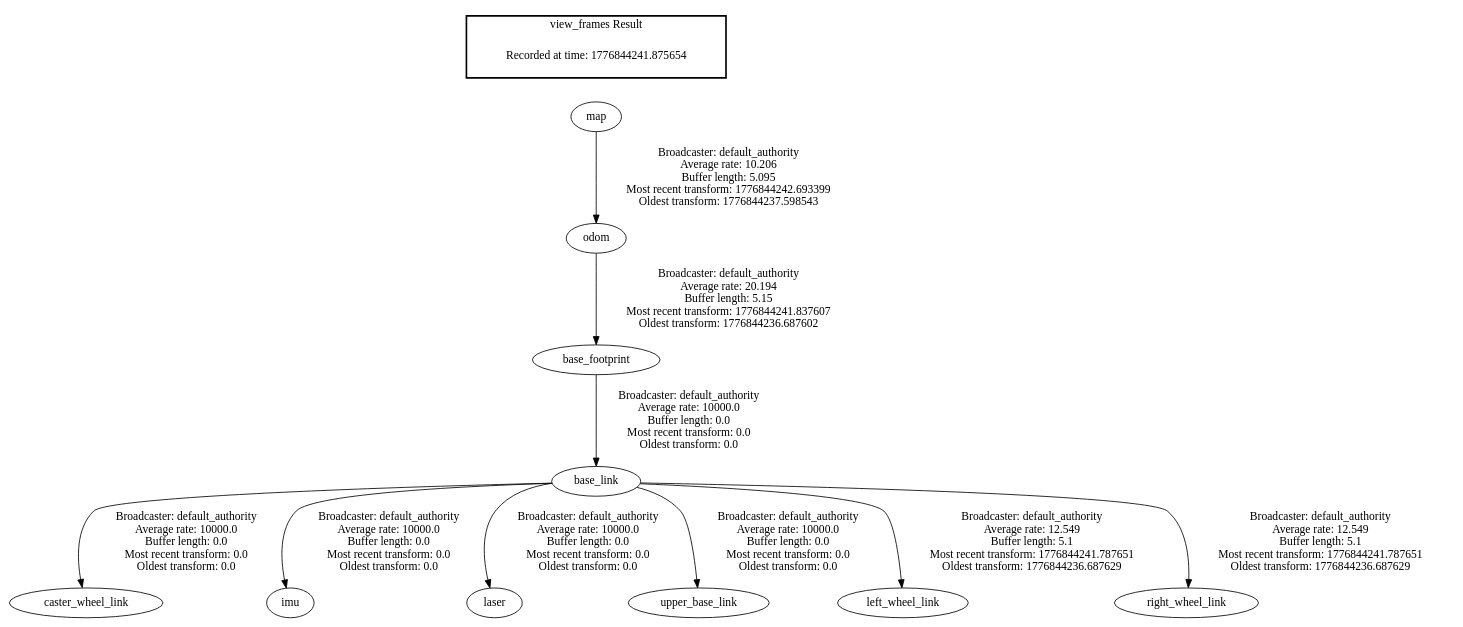
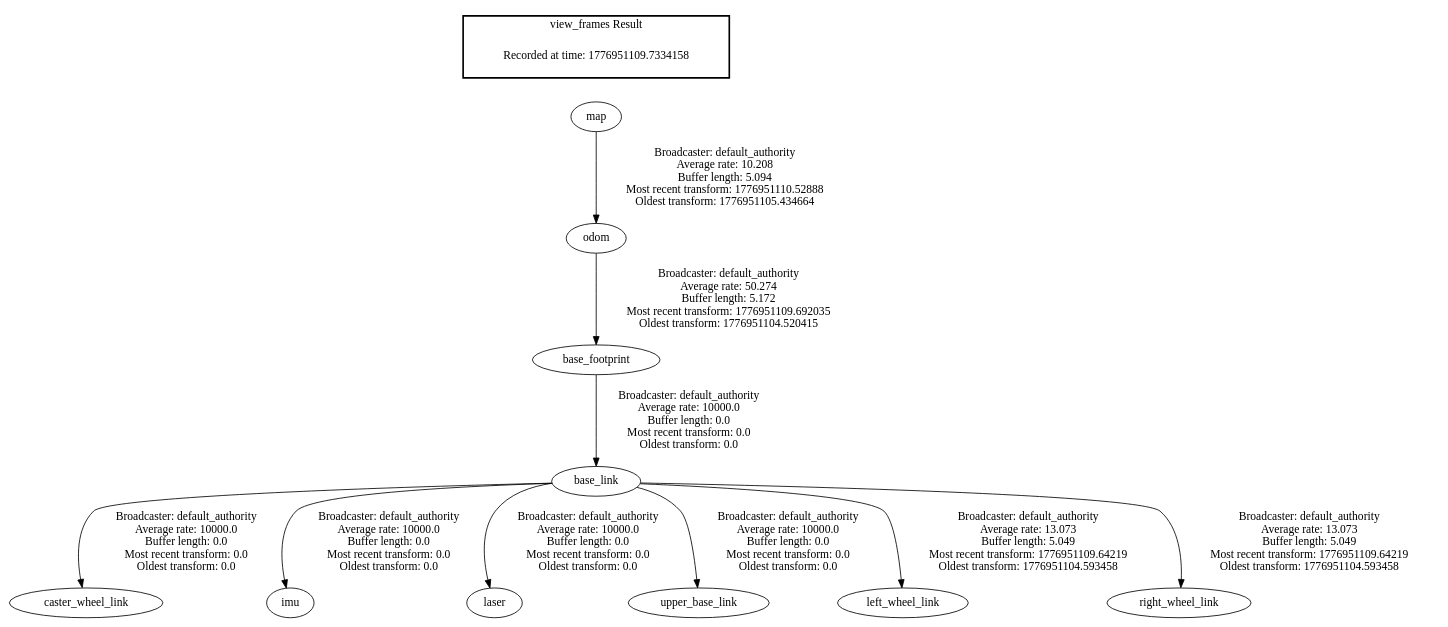
One commit to hcmutduygit/carrierbot_ws changed the diagram in frames.gv. Above: the diagram before and after it, drawn with Graphviz. The commit also changed 6 other files, not shown here.

```diff
--- a/frames.gv
+++ b/frames.gv
@@ -1,15 +1,15 @@
 digraph G {
-"odom" -> "base_footprint"[label=" Broadcaster: default_authority\nAverage rate: 20.194\nBuffer length: 5.15\nMost recent transform: 1776844241.837607\nOldest transform: 1776844236.687602\n"];
-"map" -> "odom"[label=" Broadcaster: default_authority\nAverage rate: 10.206\nBuffer length: 5.095\nMost recent transform: 1776844242.693399\nOldest transform: 1776844237.598543\n"];
+"odom" -> "base_footprint"[label=" Broadcaster: default_authority\nAverage rate: 50.274\nBuffer length: 5.172\nMost recent transform: 1776951109.692035\nOldest transform: 1776951104.520415\n"];
+"map" -> "odom"[label=" Broadcaster: default_authority\nAverage rate: 10.208\nBuffer length: 5.094\nMost recent transform: 1776951110.52888\nOldest transform: 1776951105.434664\n"];
 "base_link" -> "caster_wheel_link"[label=" Broadcaster: default_authority\nAverage rate: 10000.0\nBuffer length: 0.0\nMost recent transform: 0.0\nOldest transform: 0.0\n"];
 "base_footprint" -> "base_link"[label=" Broadcaster: default_authority\nAverage rate: 10000.0\nBuffer length: 0.0\nMost recent transform: 0.0\nOldest transform: 0.0\n"];
 "base_link" -> "imu"[label=" Broadcaster: default_authority\nAverage rate: 10000.0\nBuffer length: 0.0\nMost recent transform: 0.0\nOldest transform: 0.0\n"];
 "base_link" -> "laser"[label=" Broadcaster: default_authority\nAverage rate: 10000.0\nBuffer length: 0.0\nMost recent transform: 0.0\nOldest transform: 0.0\n"];
 "base_link" -> "upper_base_link"[label=" Broadcaster: default_authority\nAverage rate: 10000.0\nBuffer length: 0.0\nMost recent transform: 0.0\nOldest transform: 0.0\n"];
-"base_link" -> "left_wheel_link"[label=" Broadcaster: default_authority\nAverage rate: 12.549\nBuffer length: 5.1\nMost recent transform: 1776844241.787651\nOldest transform: 1776844236.687629\n"];
-"base_link" -> "right_wheel_link"[label=" Broadcaster: default_authority\nAverage rate: 12.549\nBuffer length: 5.1\nMost recent transform: 1776844241.787651\nOldest transform: 1776844236.687629\n"];
+"base_link" -> "left_wheel_link"[label=" Broadcaster: default_authority\nAverage rate: 13.073\nBuffer length: 5.049\nMost recent transform: 1776951109.64219\nOldest transform: 1776951104.593458\n"];
+"base_link" -> "right_wheel_link"[label=" Broadcaster: default_authority\nAverage rate: 13.073\nBuffer length: 5.049\nMost recent transform: 1776951109.64219\nOldest transform: 1776951104.593458\n"];
 edge [style=invis];
  subgraph cluster_legend { style=bold; color=black; label ="view_frames Result";
-"Recorded at time: 1776844241.875654"[ shape=plaintext ] ;
+"Recorded at time: 1776951109.7334158"[ shape=plaintext ] ;
 }->"map";
 }
```
